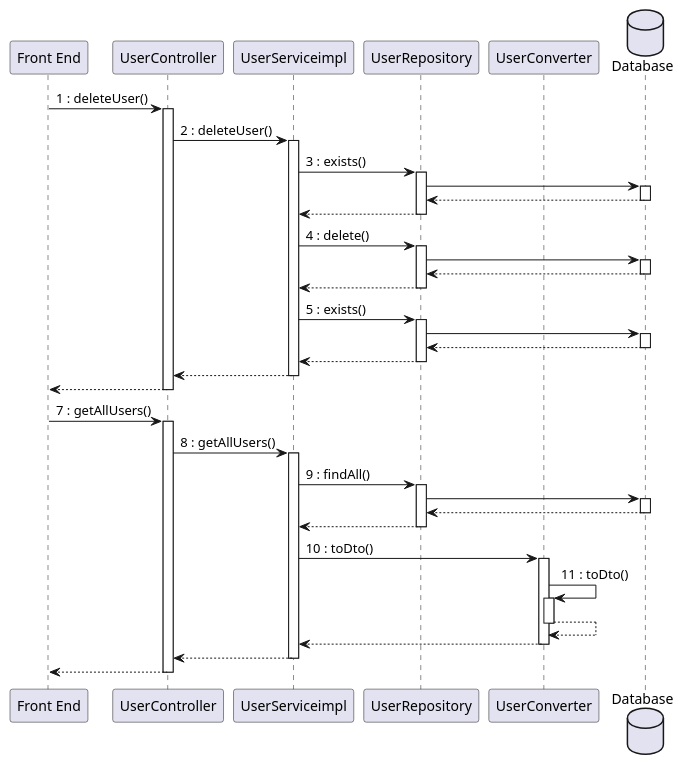
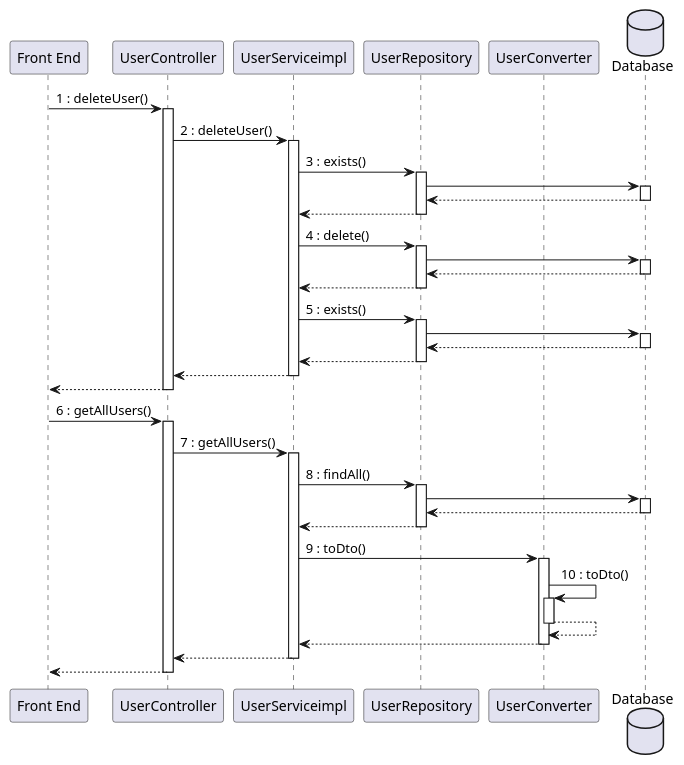
One commit to mosTavassoli/ezgas changed the seventh of 15 diagrams in docs/DesignDocument.md. Above: the diagram before and after it, drawn with PlantUML. The commit also changed other lines of this file, not shown here.

Commit message:
docs(DesignDocument): edit sequence diagram and numbering

````diff
--- a/docs/DesignDocument.md
+++ b/docs/DesignDocument.md
@@ -571,46 +571,46 @@
 ```plantuml
 database Database order 30
 "Front End" -> UserController:1 : deleteUser()
 activate UserController
 UserController -> UserServiceimpl:2 : deleteUser()
 activate UserServiceimpl
 UserServiceimpl -> UserRepository:3 : exists()
 activate UserRepository
 UserRepository -> Database
 activate Database
 return
 return
 UserServiceimpl -> UserRepository:4 : delete()
 activate UserRepository
 UserRepository -> Database
 activate Database
 return
 return
 UserServiceimpl -> UserRepository:5 : exists()
 activate UserRepository
 UserRepository -> Database
 activate Database
 return
 return
 return
 return
 
-"Front End" -> UserController:7 : getAllUsers()
+"Front End" -> UserController:6 : getAllUsers()
 activate UserController
-UserController -> UserServiceimpl:8 : getAllUsers()
+UserController -> UserServiceimpl:7 : getAllUsers()
 activate UserServiceimpl
-UserServiceimpl -> UserRepository:9 : findAll()
+UserServiceimpl -> UserRepository:8 : findAll()
 activate UserRepository
 UserRepository -> Database
 activate Database
 return
 return
-UserServiceimpl -> UserConverter:10 : toDto()
+UserServiceimpl -> UserConverter:9 : toDto()
 activate UserConverter
-UserConverter -> UserConverter:11 : toDto()
+UserConverter -> UserConverter:10 : toDto()
 activate UserConverter
 return
 return
 return
 return
 ```
````
